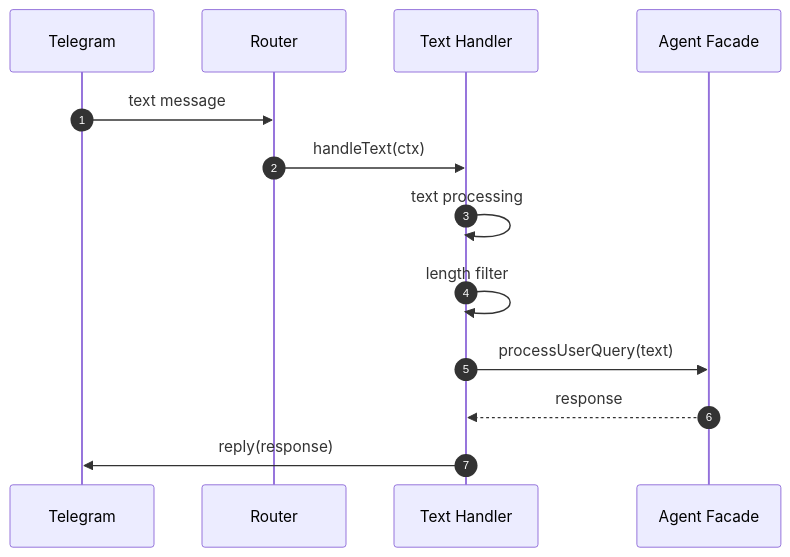
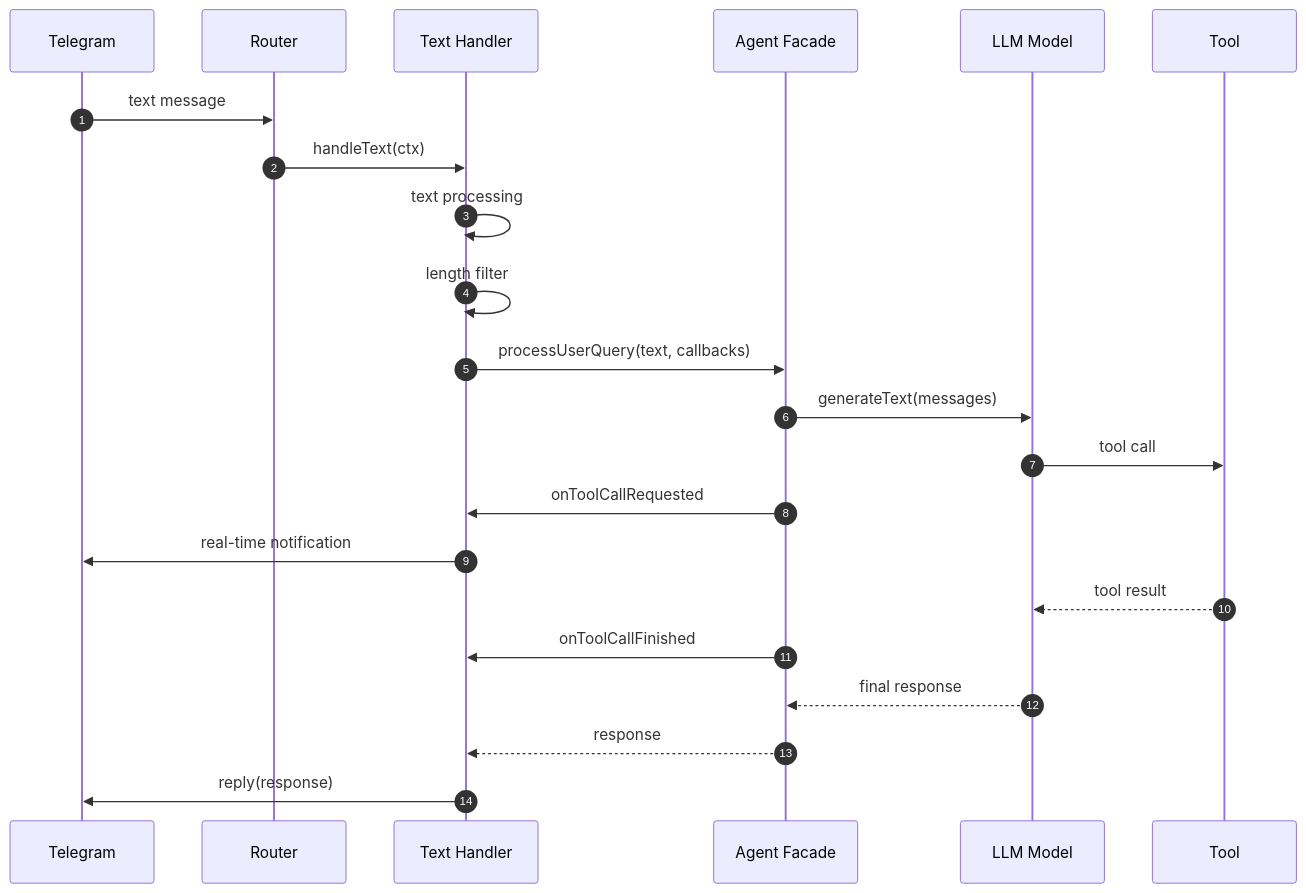
One commit to korchasa/severin changed the fifth of 7 diagrams in documents/design.md. Above: the diagram before and after it, drawn with Mermaid. The commit also changed other lines of this file and 17 other files, not shown here.

First line of the commit message:
feat(telegram): add real-time tool call notifications

````diff
--- a/documents/design.md
+++ b/documents/design.md
@@ -522,16 +566,25 @@
 ```mermaid
 sequenceDiagram
   autonumber
   participant TG as Telegram
   participant RT as Router
   participant TXT as Text Handler
   participant AGENT as Agent Facade
+  participant LLM as LLM Model
+  participant TOOL as Tool
 
   TG->>RT: text message
   RT->>TXT: handleText(ctx)
   TXT->>TXT: text processing
   TXT->>TXT: length filter
-  TXT->>AGENT: processUserQuery(text)
+  TXT->>AGENT: processUserQuery(text, callbacks)
+  AGENT->>LLM: generateText(messages)
+  LLM->>TOOL: tool call
+  AGENT->>TXT: onToolCallRequested
+  TXT->>TG: real-time notification
+  TOOL-->>LLM: tool result
+  AGENT->>TXT: onToolCallFinished
+  LLM-->>AGENT: final response
   AGENT-->>TXT: response
   TXT->>TG: reply(response)
 ```
````
